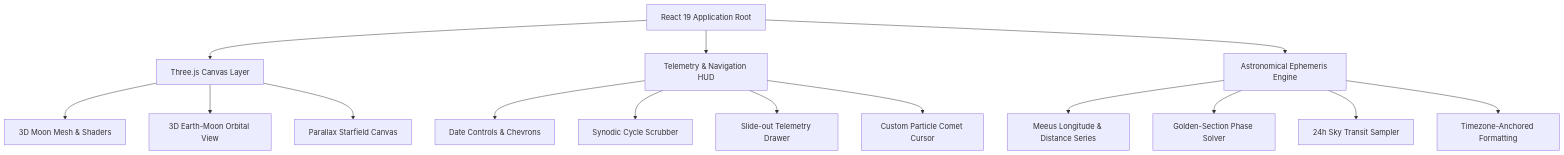
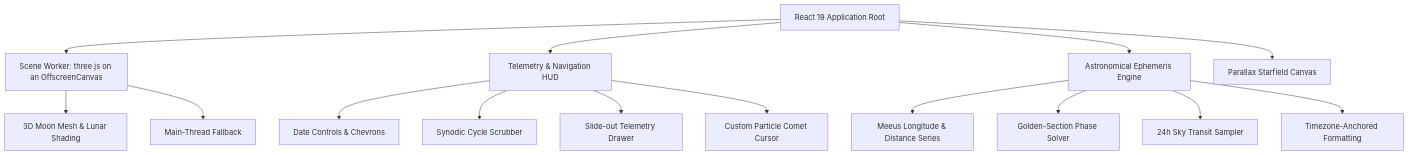
The diagram in README.md (kavindu-rakn/Luna), drawn with Mermaid before and after one commit. The commit also changed other lines of this file and 2 other files, not shown here.

````diff
--- a/README.md
+++ b/README.md
@@ -228,20 +229,20 @@
 ```mermaid
 graph TD
-    A[React 19 Application Root] --> B[Three.js Canvas Layer]
+    A[React 19 Application Root] --> B[Scene Worker: three.js on an OffscreenCanvas]
     A --> C[Telemetry & Navigation HUD]
     A --> D[Astronomical Ephemeris Engine]
 
-    B --> B1[3D Moon Mesh & Shaders]
-    B --> B2[3D Earth-Moon Orbital View]
-    B --> B3[Parallax Starfield Canvas]
+    B --> B1[3D Moon Mesh & Lunar Shading]
+    B --> B2[Main-Thread Fallback]
+    A --> B3[Parallax Starfield Canvas]
 
     C --> C1[Date Controls & Chevrons]
     C --> C2[Synodic Cycle Scrubber]
     C --> C3[Slide-out Telemetry Drawer]
     C --> C4[Custom Particle Comet Cursor]
 
     D --> D1[Meeus Longitude & Distance Series]
     D --> D2[Golden-Section Phase Solver]
     D --> D3[24h Sky Transit Sampler]
     D --> D4[Timezone-Anchored Formatting]
 ```
````
